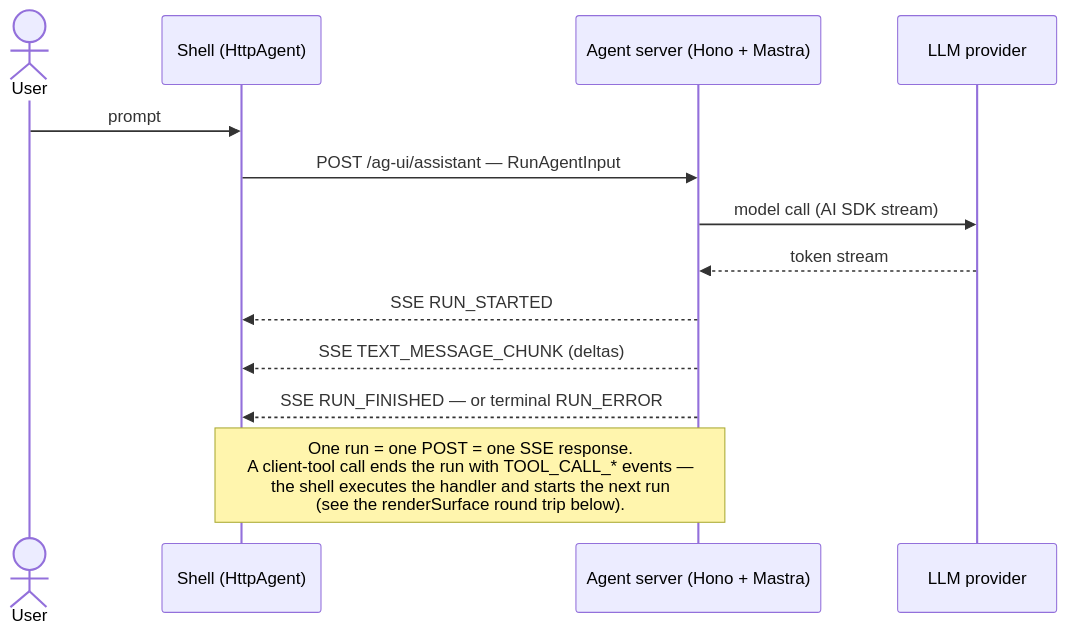
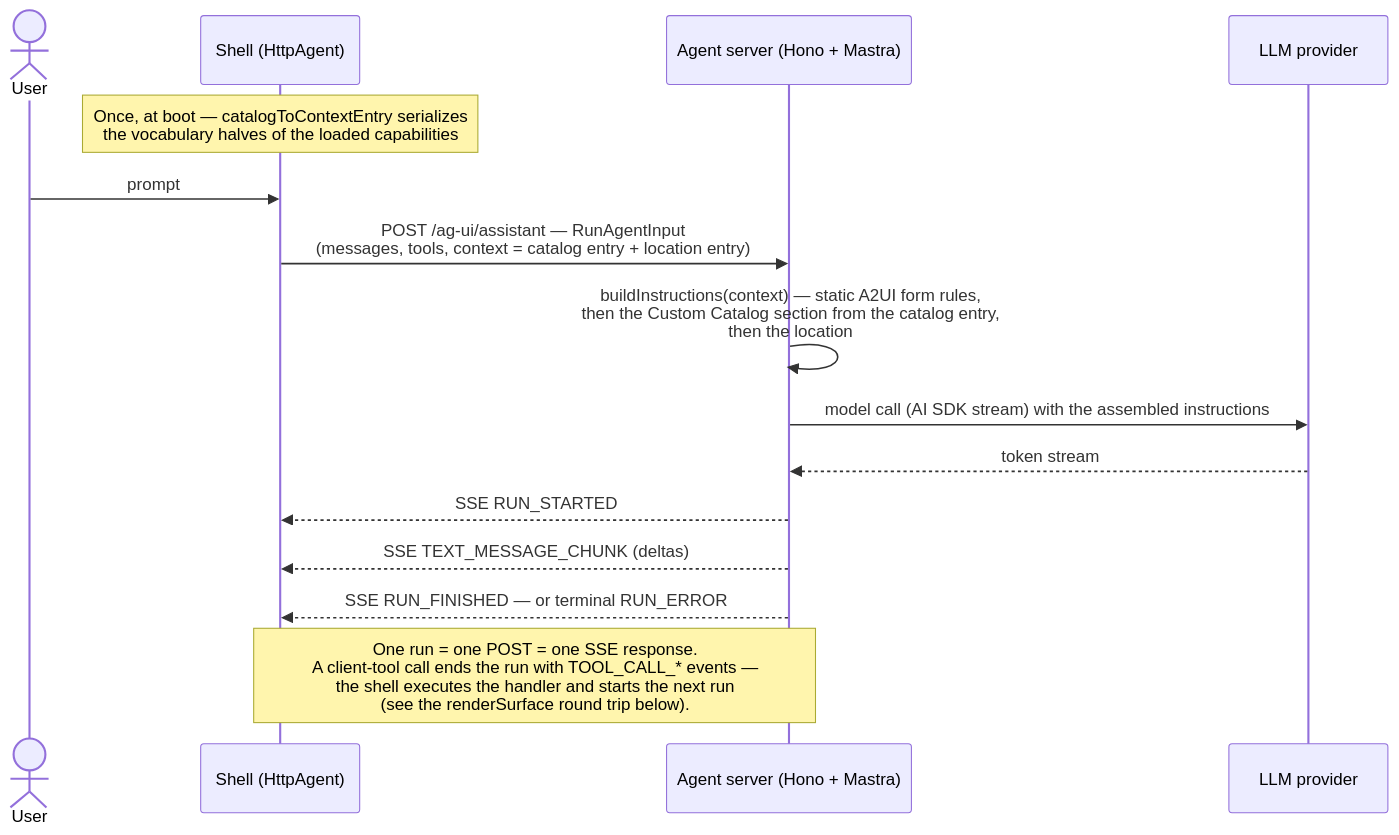
Before and after one commit to lutzleonhardt/native-federation-a2ui: the second of 3 diagrams in docs/architecture.md, drawn with Mermaid. The commit also changed other lines of this file and 4 other files, not shown here.

First line of the commit message:
task-8: refresh the architecture doc and write the how-it-works tour

````diff
--- a/docs/architecture.md
+++ b/docs/architecture.md
@@ -79,16 +191,18 @@
 ```mermaid
 sequenceDiagram
     actor U as User
     participant S as Shell (HttpAgent)
     participant A as Agent server (Hono + Mastra)
     participant L as LLM provider
 
+    Note over S: Once, at boot — catalogToContextEntry serializes<br/>the vocabulary halves of the loaded capabilities
     U->>S: prompt
-    S->>A: POST /ag-ui/assistant — RunAgentInput
-    A->>L: model call (AI SDK stream)
+    S->>A: POST /ag-ui/assistant — RunAgentInput<br/>(messages, tools, context = catalog entry + location entry)
+    A->>A: buildInstructions(context) — static A2UI form rules,<br/>then the Custom Catalog section from the catalog entry,<br/>then the location
+    A->>L: model call (AI SDK stream) with the assembled instructions
     L-->>A: token stream
     A-->>S: SSE RUN_STARTED
     A-->>S: SSE TEXT_MESSAGE_CHUNK (deltas)
     A-->>S: SSE RUN_FINISHED — or terminal RUN_ERROR
     Note over S,A: One run = one POST = one SSE response.<br/>A client-tool call ends the run with TOOL_CALL_* events —<br/>the shell executes the handler and starts the next run<br/>(see the renderSurface round trip below).
 ```
````
